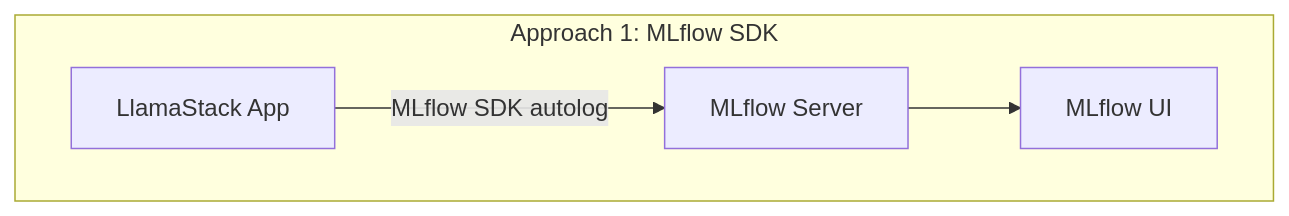
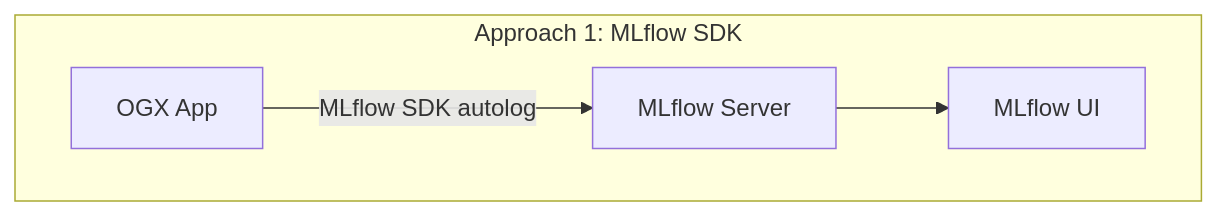
Before and after one commit to skamenan7/llama-stack: the first of 6 diagrams in docs/blog/2026-04-06-mlflow-observability.md, drawn with Mermaid. The commit also changed other lines of this file and 2206 other files, not shown here.

First line of the commit message:
chore!: rename project from llama-stack to ogx (#5613)

````diff
--- a/docs/blog/2026-04-06-mlflow-observability.md
+++ b/docs/blog/2026-04-06-mlflow-observability.md
@@ -37,7 +37,7 @@
 ```mermaid
 graph TB
     subgraph "Approach 1: MLflow SDK"
-        A1[LlamaStack App] -->|MLflow SDK autolog| M1[MLflow Server]
+        A1[OGX App] -->|MLflow SDK autolog| M1[MLflow Server]
         M1 --> U1[MLflow UI]
     end
 ```
````
